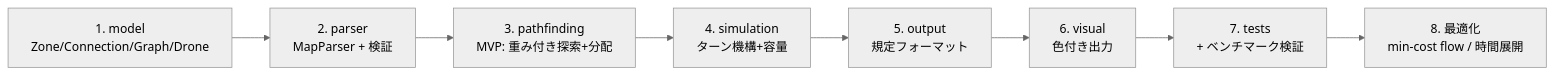
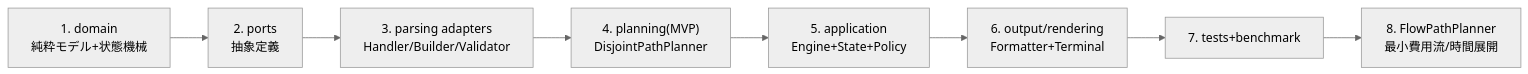
The sixth of 6 diagrams in Flyin/DESIGN.md (hidcc/42subject), drawn with Mermaid (neutral theme) before and after one commit. The commit also changed other lines of this file, not shown here.

````diff
--- a/Flyin/DESIGN.md
+++ b/Flyin/DESIGN.md
@@ -465,12 +622,12 @@
 ```mermaid
 flowchart LR
-    A["1. model<br/>Zone/Connection/Graph/Drone"]
-    B["2. parser<br/>MapParser + 検証"]
-    C["3. pathfinding<br/>MVP: 重み付き探索+分配"]
-    D["4. simulation<br/>ターン機構+容量"]
-    E["5. output<br/>規定フォーマット"]
-    F["6. visual<br/>色付き出力"]
-    G["7. tests<br/>+ ベンチマーク検証"]
-    H["8. 最適化<br/>min-cost flow / 時間展開"]
-    A --> B --> C --> D --> E --> F --> G --> H
+    A["1. domain<br/>純粋モデル+状態機械"]
+    B["2. ports<br/>抽象定義"]
+    C["3. parsing adapters<br/>Handler/Builder/Validator"]
+    D["4. planning(MVP)<br/>DisjointPathPlanner"]
+    E["5. application<br/>Engine+State+Policy"]
+    F["6. output/rendering<br/>Formatter+Terminal"]
+    G["7. tests+benchmark"]
+    H["8. FlowPathPlanner<br/>最小費用流/時間展開"]
+    A-->B-->C-->D-->E-->F-->G-->H
 ```
````
